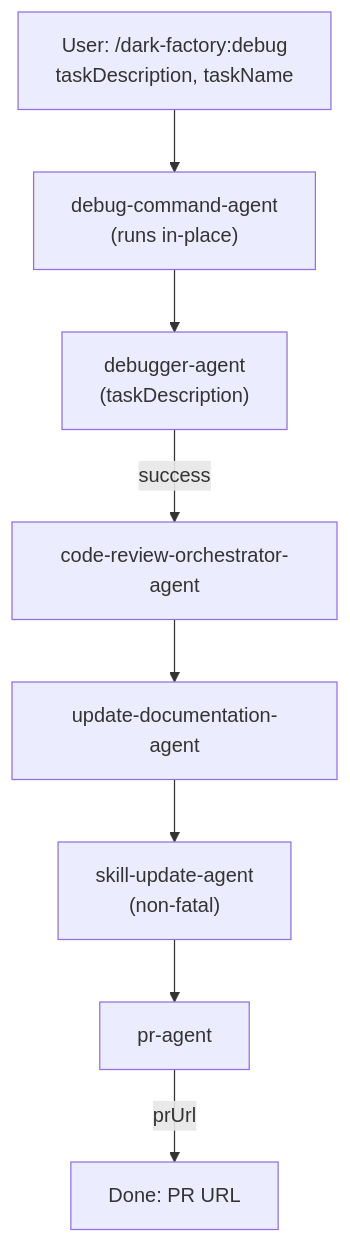
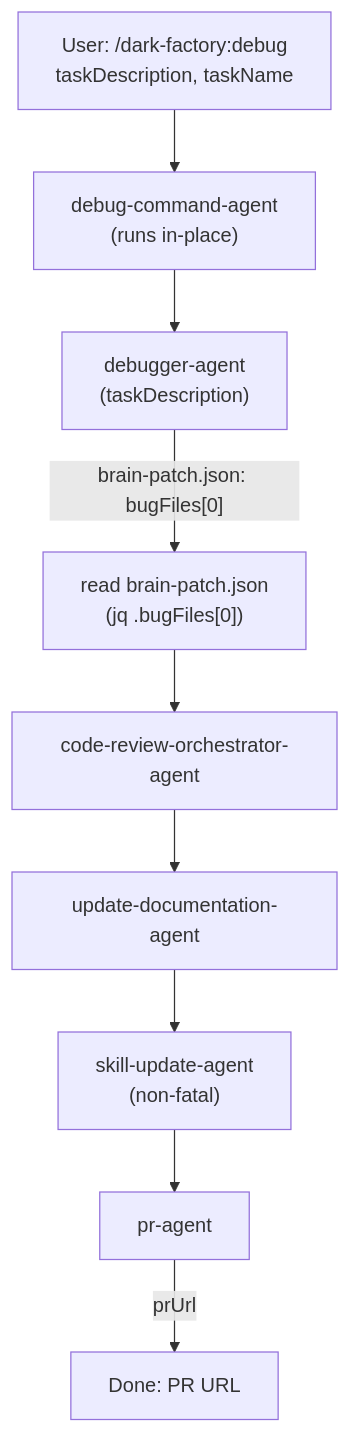
One commit to lewibs/dark-factory changed the diagram in docs/docs/debug-command-agent.md. Above: the diagram before and after it, drawn with Mermaid. The commit also changed 3 other files, not shown here.

First line of the commit message:
fix(pr-agent): ground PR body in plan/bug file when available

````diff
--- a/docs/docs/debug-command-agent.md
+++ b/docs/docs/debug-command-agent.md
@@ -7,15 +7,16 @@
 ```mermaid
 flowchart TD
   User["User: /dark-factory:debug<br/>taskDescription, taskName"] --> DCA
 
   DCA["debug-command-agent<br/>(runs in-place)"]
 
   DCA --> DA["debugger-agent<br/>(taskDescription)"]
 
-  DA -->|"success"| CRO["code-review-orchestrator-agent"]
+  DA -->|"brain-patch.json: bugFiles[0]"| BPR["read brain-patch.json<br/>(jq .bugFiles[0])"]
+  BPR --> CRO["code-review-orchestrator-agent"]
 
   CRO --> UDA["update-documentation-agent"]
   UDA --> SUA["skill-update-agent<br/>(non-fatal)"]
   SUA --> PRA["pr-agent"]
   PRA -->|"prUrl"| Done["Done: PR URL"]
 ```
````
